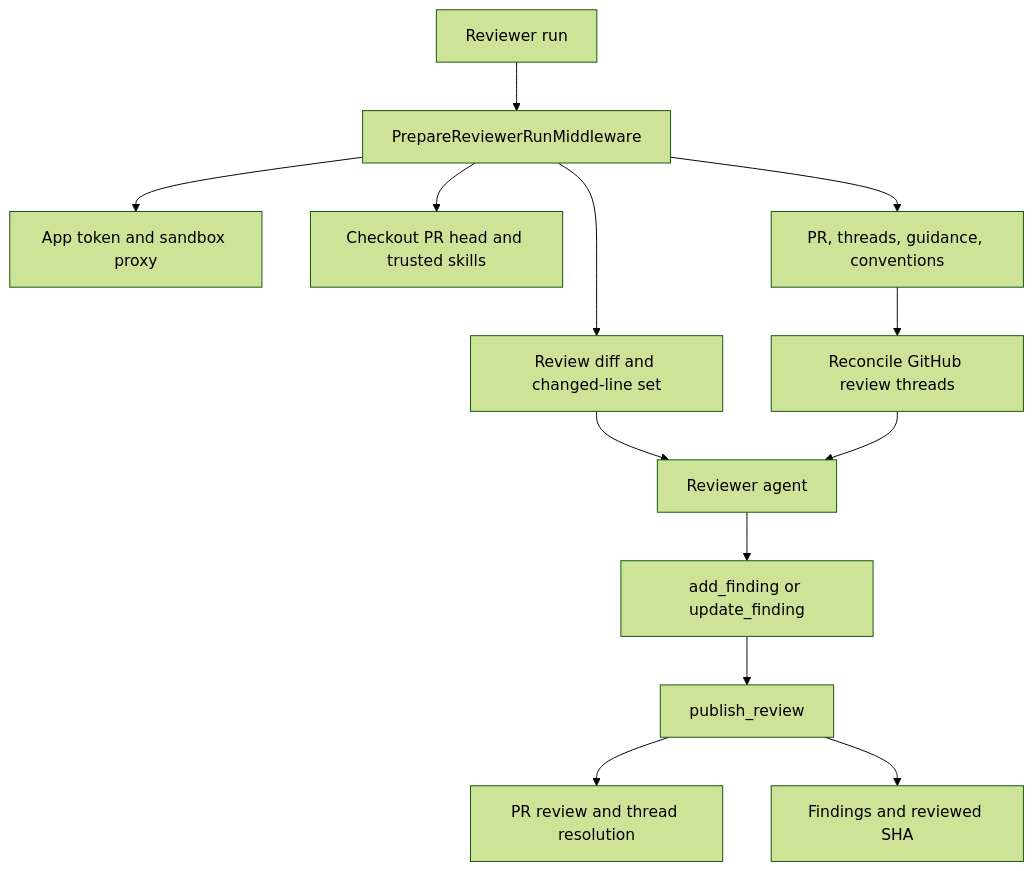
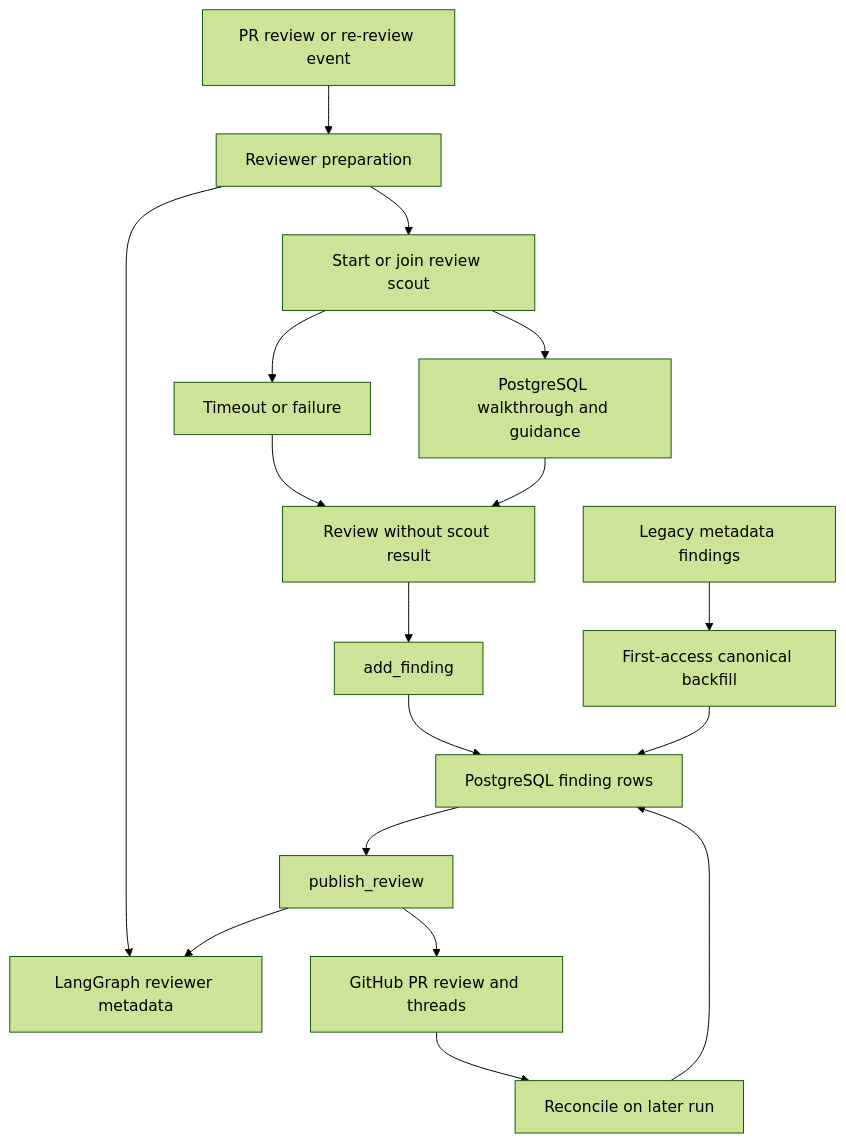
One commit to langchain-ai/open-swe changed the diagram in openwiki/architecture/reviewer-and-analyzer.md. Above: the diagram before and after it, drawn with Mermaid (forest theme). The commit also changed other lines of this file and 51 other files, not shown here.

````diff
--- a/openwiki/architecture/reviewer-and-analyzer.md
+++ b/openwiki/architecture/reviewer-and-analyzer.md
@@ -78,15 +91,19 @@
 ```mermaid
 flowchart TD
-    Trigger["Reviewer run"] --> Prep["PrepareReviewerRunMiddleware"]
-    Prep --> Auth["App token and sandbox proxy"]
-    Prep --> Checkout["Checkout PR head and trusted skills"]
-    Prep --> Diff["Review diff and changed-line set"]
-    Prep --> Context["PR, threads, guidance, conventions"]
-    Context --> Reconcile["Reconcile GitHub review threads"]
-    Diff --> Agent["Reviewer agent"]
-    Reconcile --> Agent
-    Agent --> Finding["add_finding or update_finding"]
-    Finding --> Publish["publish_review"]
-    Publish --> GitHub["PR review and thread resolution"]
-    Publish --> Metadata["Findings and reviewed SHA"]
+    Event["PR review or re-review event"] --> Prep["Reviewer preparation"]
+    Prep --> Scout["Start or join review scout"]
+    Scout --> Walk["PostgreSQL walkthrough and guidance"]
+    Scout --> Timeout["Timeout or failure"]
+    Timeout --> Review["Review without scout result"]
+    Walk --> Review
+    Prep --> Meta["LangGraph reviewer metadata"]
+    Review --> Add["add_finding"]
+    Add --> DB["PostgreSQL finding rows"]
+    Legacy["Legacy metadata findings"] --> Backfill["First-access canonical backfill"]
+    Backfill --> DB
+    DB --> Publish["publish_review"]
+    Publish --> GitHub["GitHub PR review and threads"]
+    GitHub --> Reconcile["Reconcile on later run"]
+    Reconcile --> DB
+    Publish --> Meta
 ```
````
